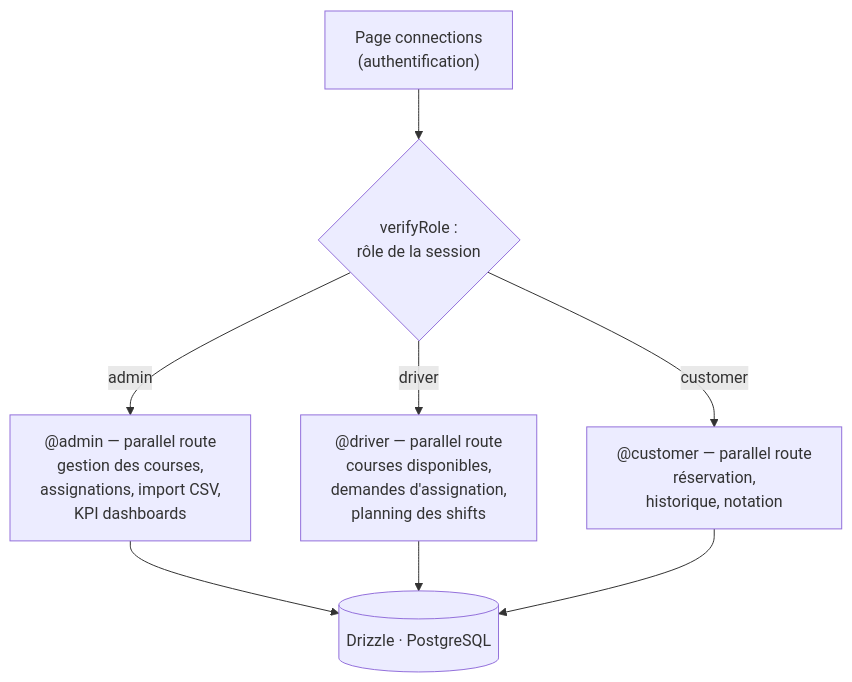
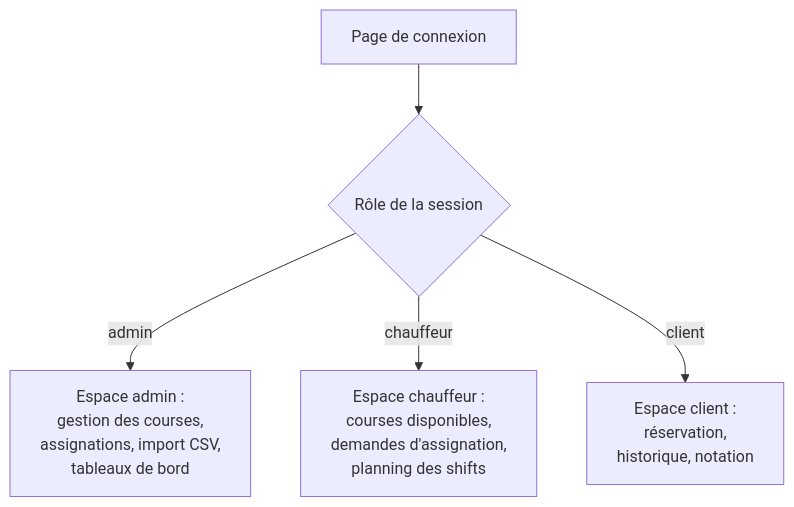
One commit to Mamoru-fr/AMT-Express changed the fifth of 8 diagrams in documents/dossiers/dossierProjet/v1-complet/dossierProjetRNCP.md. Above: the diagram before and after it, drawn with Mermaid. The commit also changed other lines of this file, not shown here.

Commit message:
docs(rncp): application des retours de relecture sur le dossier v1 (CCP retires, 3 roles, US issues GitHub, UML/MCD revus, PG16 assume, RGPD concret, deploiement 11/09, conclusion honnete)

````diff
--- a/documents/dossiers/dossierProjet/v1-complet/dossierProjetRNCP.md
+++ b/documents/dossiers/dossierProjet/v1-complet/dossierProjetRNCP.md
@@ -458,10 +421,7 @@
 ```mermaid
 flowchart TD
-    C["Page connections<br/>(authentification)"] --> R{verifyRole :<br/>rôle de la session}
-    R -- admin --> A["@admin — parallel route<br/>gestion des courses,<br/>assignations, import CSV,<br/>KPI dashboards"]
-    R -- driver --> D["@driver — parallel route<br/>courses disponibles,<br/>demandes d'assignation,<br/>planning des shifts"]
-    R -- customer --> CU["@customer — parallel route<br/>réservation,<br/>historique, notation"]
-    A --> G[(Drizzle · PostgreSQL)]
-    D --> G
-    CU --> G
+    C["Page de connexion"] --> R{Rôle de la session}
+    R -- admin --> A["Espace admin :<br/>gestion des courses,<br/>assignations, import CSV,<br/>tableaux de bord"]
+    R -- chauffeur --> D["Espace chauffeur :<br/>courses disponibles,<br/>demandes d'assignation,<br/>planning des shifts"]
+    R -- client --> CU["Espace client :<br/>réservation,<br/>historique, notation"]
 ```
````
